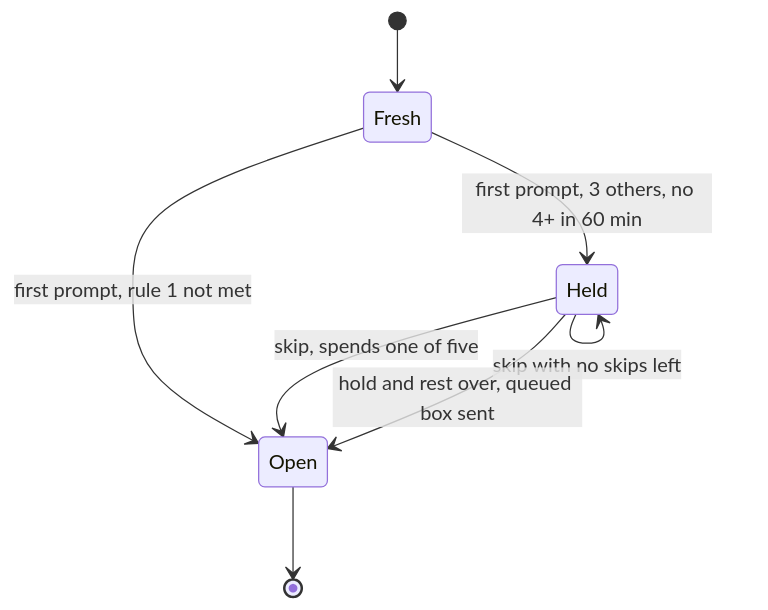
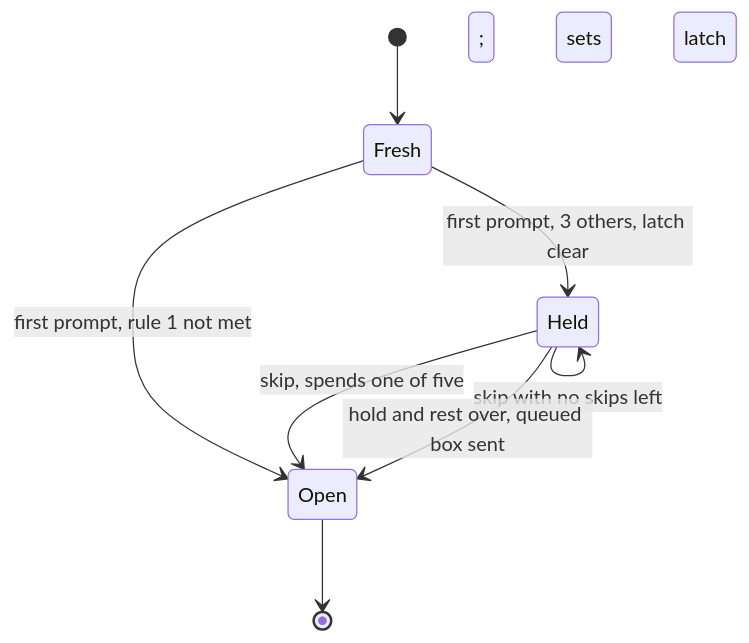
One commit to drakulavich/cogload changed the diagram in docs/superpowers/specs/2026-11-22-cogload-fourth-session-hold-design.md. Above: the diagram before and after it, drawn with Mermaid. The commit also changed other lines of this file, not shown here.

First line of the commit message:
docs(spec): the hold sets its own latch; the turns probe and week line are pinned

````diff
--- a/docs/superpowers/specs/2026-11-22-cogload-fourth-session-hold-design.md
+++ b/docs/superpowers/specs/2026-11-22-cogload-fourth-session-hold-design.md
@@ -132,11 +131,11 @@
 ```mermaid
 stateDiagram-v2
     [*] --> Fresh
     Fresh --> Open: first prompt, rule 1 not met
-    Fresh --> Held: first prompt, 3 others, no 4+ in 60 min
+    Fresh --> Held: first prompt, 3 others, latch clear; sets latch
     Held --> Held: a rest starts, box waits for the later end
     Held --> Held: skip with no skips left
     Held --> Open: skip, spends one of five
     Held --> Open: hold and rest over, queued box sent
     Open --> [*]
 ```
````
